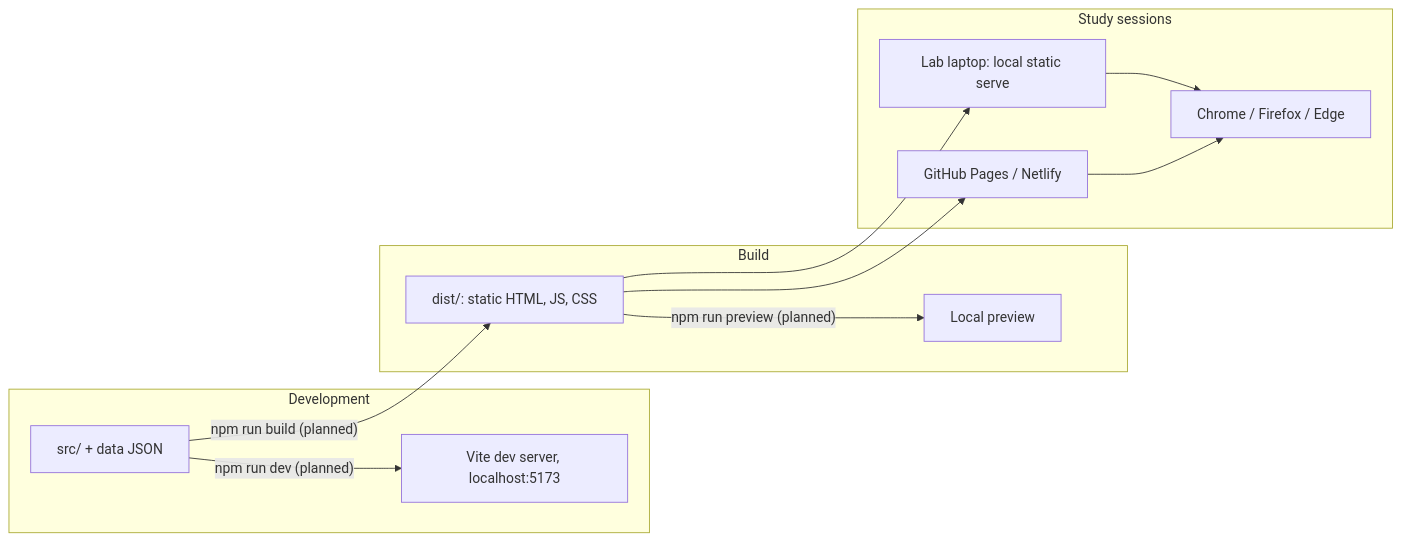
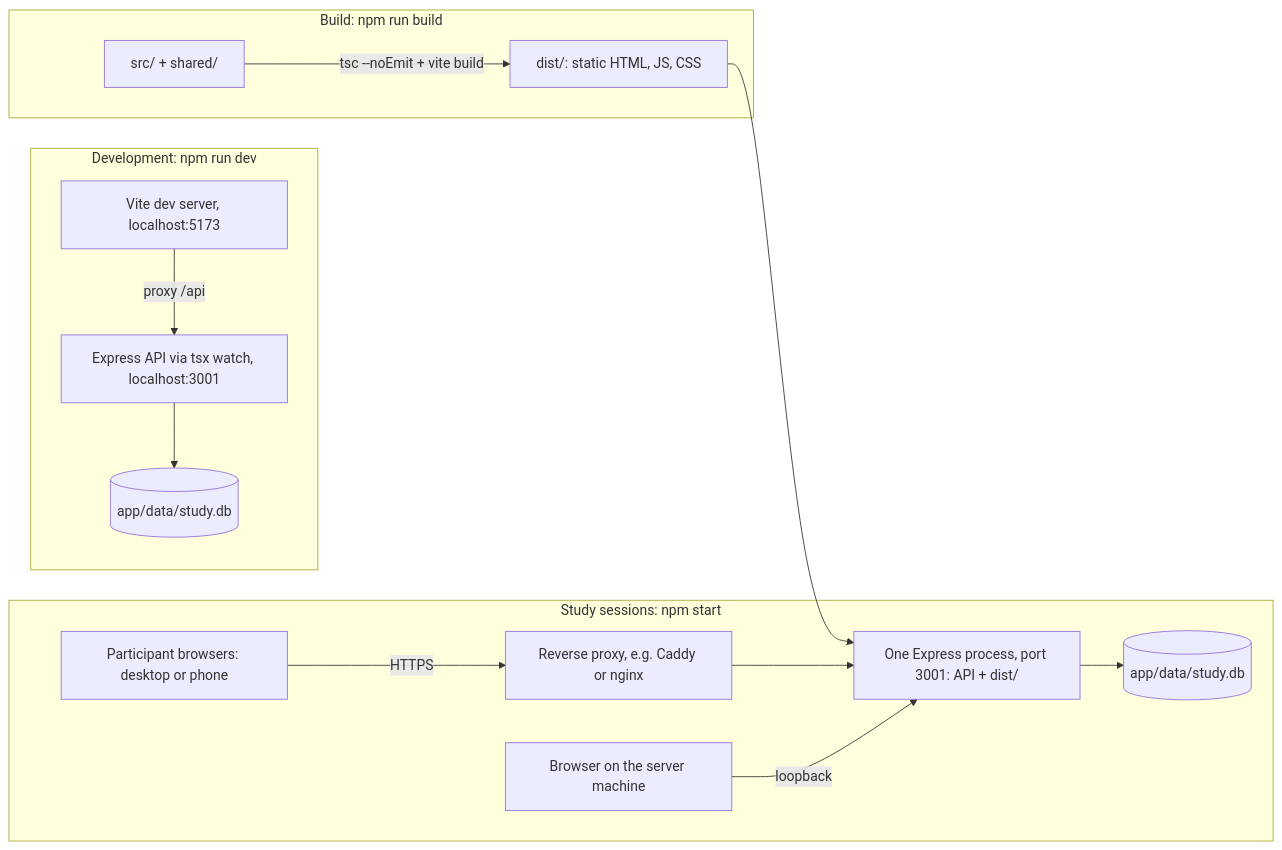
The third of 3 diagrams in docs/architecture.md (bibekgupta3333/HCI), drawn with Mermaid before and after one commit. The commit also changed other lines of this file and 87 other files, not shown here.

````diff
--- a/docs/architecture.md
+++ b/docs/architecture.md
@@ -147,16 +193,17 @@
 ```mermaid
 flowchart LR
-    subgraph DEV["Development"]
-        Src["src/ + data JSON"] -->|"npm run dev (planned)"| Vite["Vite dev server, localhost:5173"]
+    subgraph DEV["Development: npm run dev"]
+        Vite["Vite dev server, localhost:5173"] -->|"proxy /api"| DevSrv["Express API via tsx watch, localhost:3001"]
+        DevSrv --> DevDB[("app/data/study.db")]
     end
-    subgraph BUILD["Build"]
-        Src -->|"npm run build (planned)"| Dist["dist/: static HTML, JS, CSS"]
-        Dist -->|"npm run preview (planned)"| Prev["Local preview"]
+    subgraph BUILD["Build: npm run build"]
+        Src["src/ + shared/"] -->|"tsc --noEmit + vite build"| Dist["dist/: static HTML, JS, CSS"]
     end
-    subgraph RUN["Study sessions"]
-        Dist --> Lab["Lab laptop: local static serve"]
-        Dist --> Pages["GitHub Pages / Netlify"]
-        Lab --> Br["Chrome / Firefox / Edge"]
-        Pages --> Br
+    subgraph RUN["Study sessions: npm start"]
+        Dist --> Prod["One Express process, port 3001: API + dist/"]
+        Prod --> ProdDB[("app/data/study.db")]
+        Br["Participant browsers: desktop or phone"] -->|"HTTPS"| RP["Reverse proxy, e.g. Caddy or nginx"]
+        RP --> Prod
+        Lap["Browser on the server machine"] -->|"loopback"| Prod
     end
 ```
````
